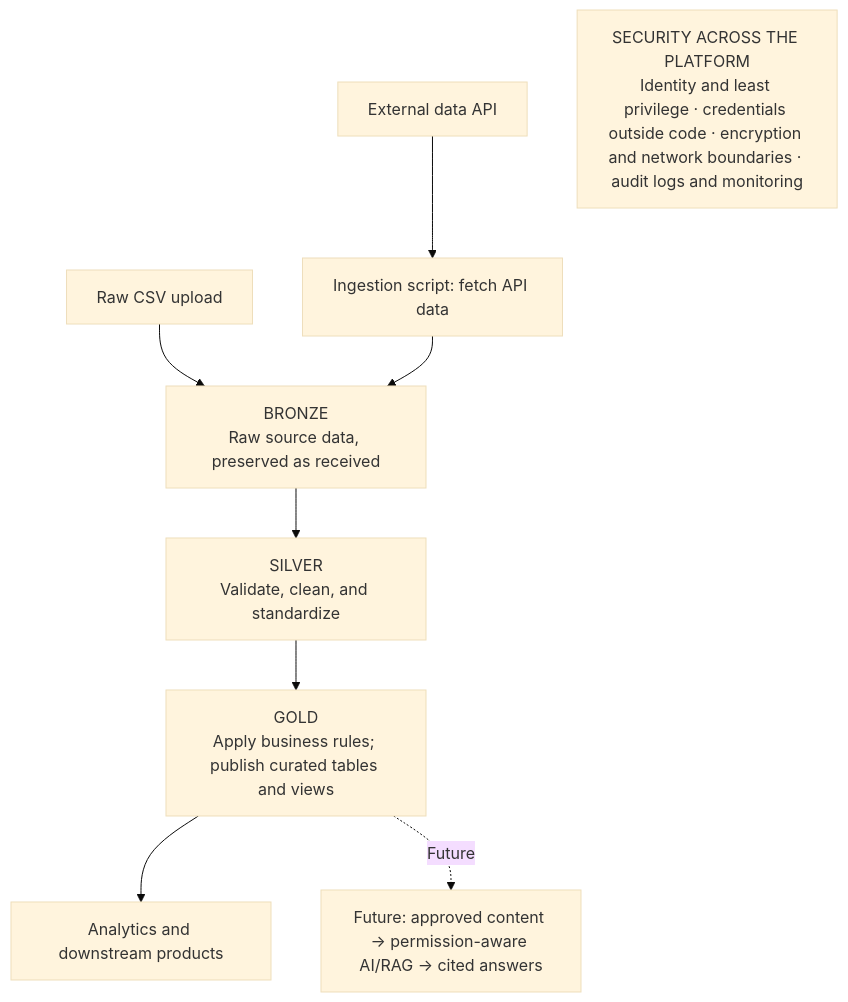
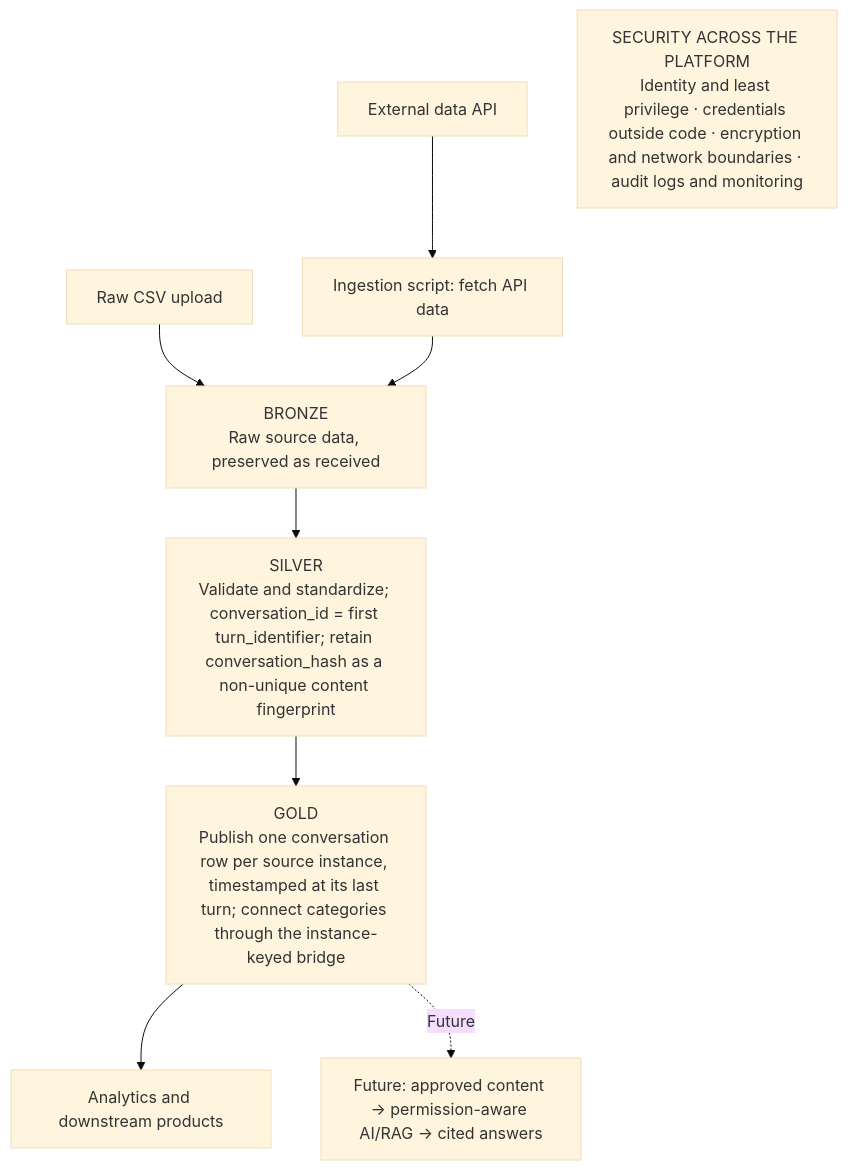
One commit to brian-amado/secure-ai-data-platform changed the diagram in architecture/system-architecture.md. Above: the diagram before and after it, drawn with Mermaid (base theme). The commit also changed other lines of this file and 5 other files, not shown here.

````diff
--- a/architecture/system-architecture.md
+++ b/architecture/system-architecture.md
@@ -5,13 +5,13 @@
 ```mermaid
 flowchart TD
     API[External data API] --> Ingest["Ingestion script: fetch API data"]
     CSV[Raw CSV upload] --> Bronze
     Ingest --> Bronze["BRONZE<br/>Raw source data, preserved as received"]
-    Bronze --> Silver["SILVER<br/>Validate, clean, and standardize"]
-    Silver --> Gold["GOLD<br/>Apply business rules; publish curated tables and views"]
+    Bronze --> Silver["SILVER<br/>Validate and standardize; conversation_id = first turn_identifier; retain conversation_hash as a non-unique content fingerprint"]
+    Silver --> Gold["GOLD<br/>Publish one conversation row per source instance, timestamped at its last turn; connect categories through the instance-keyed bridge"]
     Gold --> Consumers[Analytics and downstream products]
 
     Gold -. Future .-> AIRAG["Future: approved content → permission-aware AI/RAG → cited answers"]
 
     Controls["SECURITY ACROSS THE PLATFORM<br/>Identity and least privilege · credentials outside code · encryption and network boundaries · audit logs and monitoring"]
 ```
````
